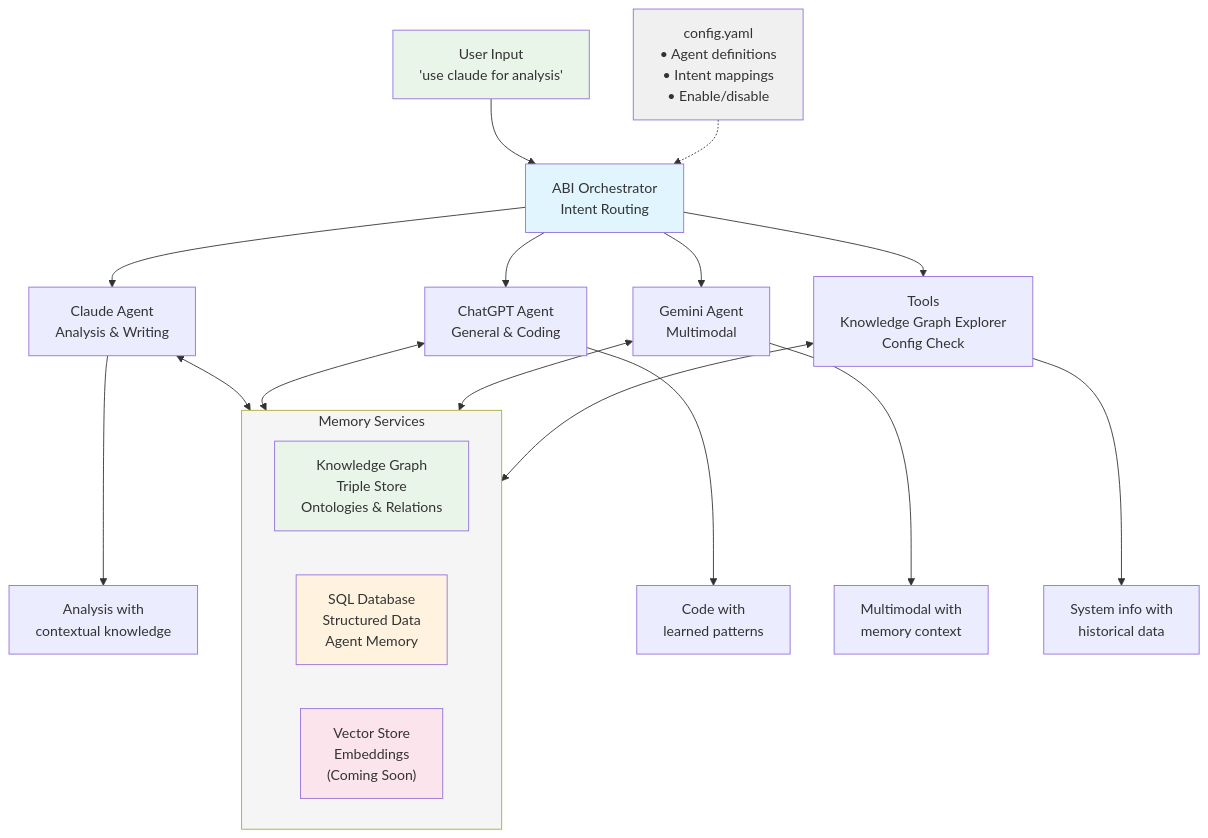
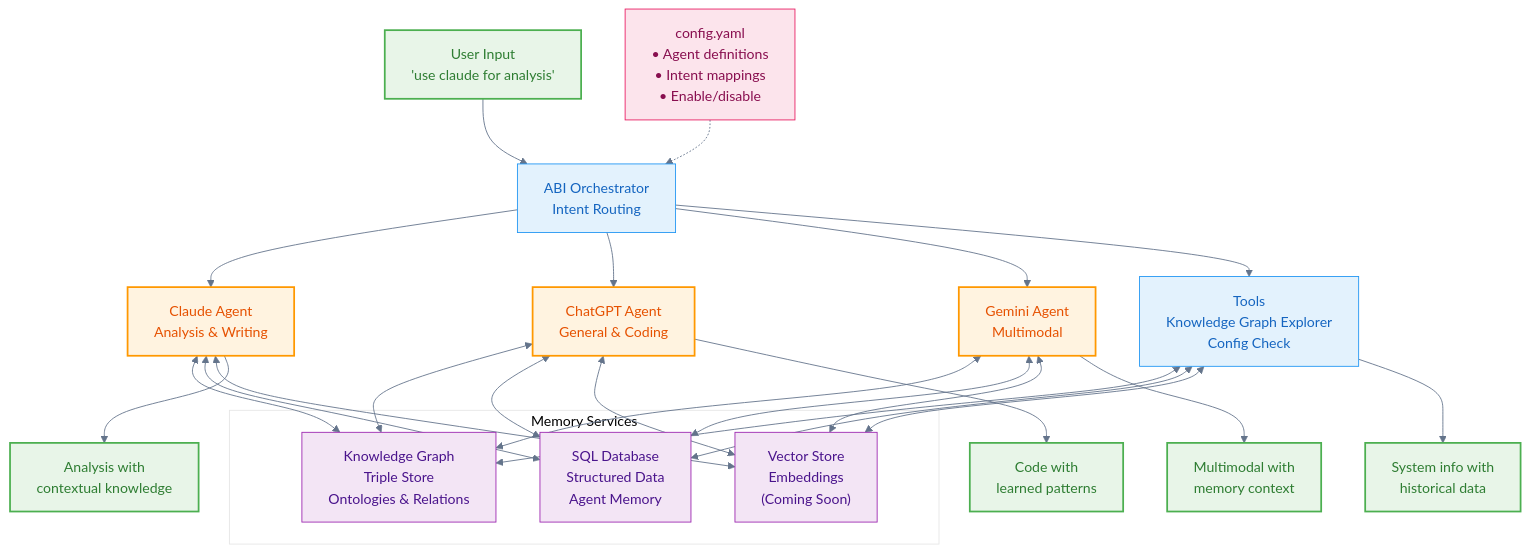
Before and after one commit to jupyter-naas/abi: the diagram in docs/installation.md, drawn with Mermaid.

Commit message:
docs: apply official Naas Mermaid styling standards
STYLING COMPLIANCE:
- Applied official Naas Mermaid theme configuration
- Used standardized color scheme from Naas styling guide
- Implemented proper class definitions for component types

NAAS STANDARD COLORS:
- User Experience Layer: #e8f5e8 (light green) - User interactions
- Platform Layer: #e3f2fd (light blue) - Core platform services
- AI Engine Layer: #fff3e0 (light orange) - AI agents and models
- Data Layer: #f3e5f5 (light purple) - Data storage and knowledge
- Infrastructure Layer: #fce4ec (light pink) - Config and infrastructure

THEME CONFIGURATION:
- Added official theme init for consistent subgraph backgrounds
- Proper stroke widths: 2px for user-facing, 1px for internal
- Standardized text colors for contrast
- Consistent with other Naas documentation diagrams

COMPONENT CLASSIFICATION:
- User/Response: userExp (user experience layer)
- ABI/Tools: platform (core platform services)
- AI Agents: aiEngine (AI/ML components)
- Memory Services: dataLayer (data storage)
- Config: infrastructure (deployment/config)

Reference: https://raw.githubusercontent.com/jupyter-naas/docs/refs/heads/main/site/docs/_mermaid-styles.md

````diff
--- a/docs/installation.md
+++ b/docs/installation.md
@@ -191,35 +191,52 @@
 ```mermaid
+%%{init: {'theme':'base', 'themeVariables': {'primaryColor': '#f8fafc', 'primaryTextColor': '#1e293b', 'primaryBorderColor': '#e2e8f0', 'lineColor': '#64748b'}}}%%
 graph TB
     User["User Input<br/>'use claude for analysis'"] --> ABI["ABI Orchestrator<br/>Intent Routing"]
     
     ABI --> Claude["Claude Agent<br/>Analysis & Writing"]
     ABI --> ChatGPT["ChatGPT Agent<br/>General & Coding"]
     ABI --> Gemini["Gemini Agent<br/>Multimodal"]
     ABI --> Tools["Tools<br/>Knowledge Graph Explorer<br/>Config Check"]
     
     Config["config.yaml<br/>• Agent definitions<br/>• Intent mappings<br/>• Enable/disable"] -.-> ABI
     
-    subgraph Memory["Memory Services"]
+    subgraph "Memory Services"
         KG["Knowledge Graph<br/>Triple Store<br/>Ontologies & Relations"]
         SQL["SQL Database<br/>Structured Data<br/>Agent Memory"]
         Vector["Vector Store<br/>Embeddings<br/>(Coming Soon)"]
     end
     
-    Claude <--> Memory
-    ChatGPT <--> Memory
-    Gemini <--> Memory
-    Tools <--> Memory
+    Claude <--> KG
+    Claude <--> SQL
+    Claude <--> Vector
+    ChatGPT <--> KG
+    ChatGPT <--> SQL
+    ChatGPT <--> Vector
+    Gemini <--> KG
+    Gemini <--> SQL
+    Gemini <--> Vector
+    Tools <--> KG
+    Tools <--> SQL
+    Tools <--> Vector
     
     Claude --> Response1["Analysis with<br/>contextual knowledge"]
     ChatGPT --> Response2["Code with<br/>learned patterns"]
     Gemini --> Response3["Multimodal with<br/>memory context"]
     Tools --> Response4["System info with<br/>historical data"]
     
-    style ABI fill:#e1f5fe
-    style Config fill:#f0f0f0
-    style User fill:#e8f5e8
-    style Memory fill:#f5f5f5
-    style KG fill:#e8f5e8
-    style SQL fill:#fff3e0
-    style Vector fill:#fce4ec
+    %% Standard class definitions
+    classDef userExp fill:#e8f5e8,stroke:#4caf50,stroke-width:2px,color:#2e7d32
+    classDef platform fill:#e3f2fd,stroke:#2196f3,stroke-width:1px,color:#1565c0
+    classDef aiEngine fill:#fff3e0,stroke:#ff9800,stroke-width:2px,color:#e65100
+    classDef dataLayer fill:#f3e5f5,stroke:#9c27b0,stroke-width:1px,color:#4a148c
+    classDef infrastructure fill:#fce4ec,stroke:#e91e63,stroke-width:1px,color:#880e4f
+    
+    %% Apply classes to nodes
+    class User userExp
+    class ABI platform
+    class Claude,ChatGPT,Gemini aiEngine
+    class Tools platform
+    class Config infrastructure
+    class KG,SQL,Vector dataLayer
+    class Response1,Response2,Response3,Response4 userExp
 ```
````
